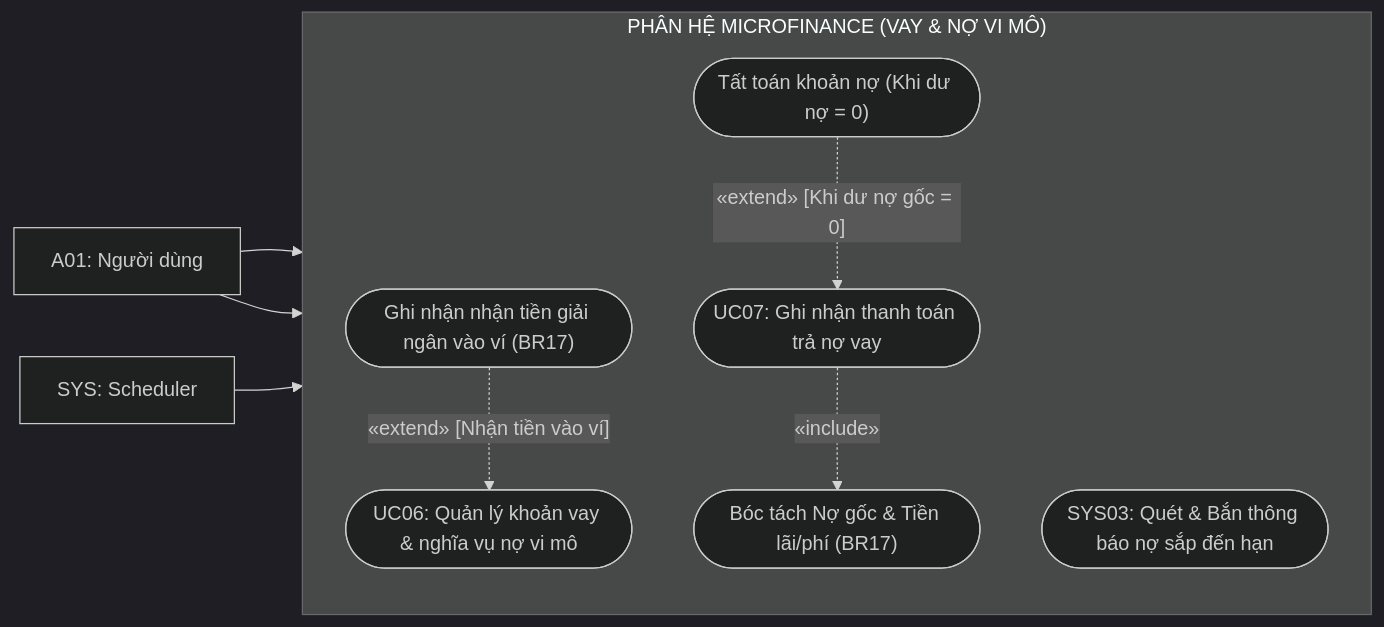
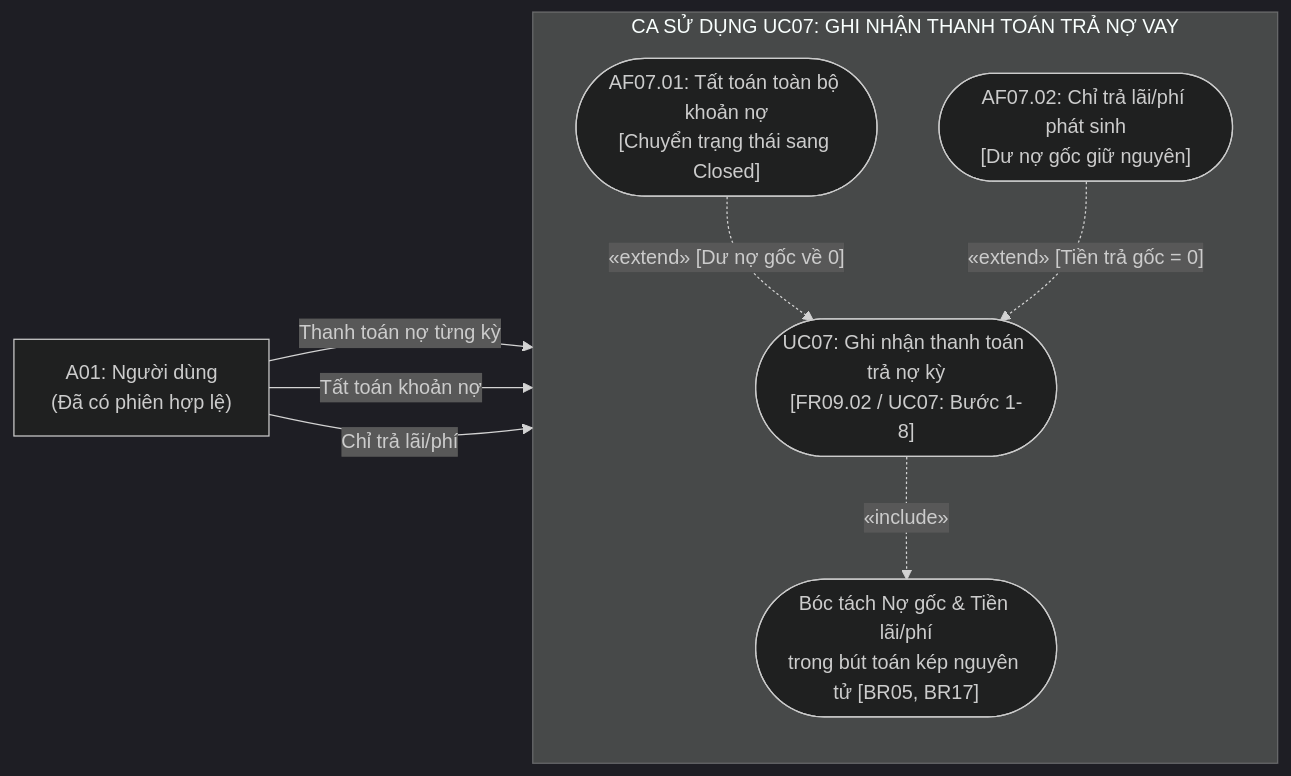
One commit to huytothevoz/SE---Microfinance-Personal-Wealth-Expense-Tracker changed the eighth of 14 diagrams in docs/02_elaboration/uml_modeling/usecase_diagram.md. Above: the diagram before and after it, drawn with Mermaid (dark theme). The commit also changed other lines of this file and 1 other file, not shown here.

Commit message:
docs(uml): update usecase diagrams to v2.1 and add bidirectional mapping links to SRS

````diff
--- a/docs/02_elaboration/uml_modeling/usecase_diagram.md
+++ b/docs/02_elaboration/uml_modeling/usecase_diagram.md
@@ -165,31 +405,24 @@
 ```mermaid
 flowchart LR
     %% Actors
-    User["A01: Người dùng"]
-    Scheduler["SYS: Scheduler"]
+    User["A01: Người dùng<br/>(Đã có phiên hợp lệ)"]
 
-    subgraph Boundary_Microfinance["PHÂN HỆ MICROFINANCE (VAY & NỢ VI MÔ)"]
+    subgraph Boundary_UC07["CA SỬ DỤNG UC07: GHI NHẬN THANH TOÁN TRẢ NỢ VAY"]
         direction TB
 
-        UC06(["UC06: Quản lý khoản vay & nghĩa vụ nợ vi mô"])
-        UC06_Disb(["Ghi nhận nhận tiền giải ngân vào ví (BR17)"])
-
-        UC07(["UC07: Ghi nhận thanh toán trả nợ vay"])
-        UC07_Split(["Bóc tách Nợ gốc & Tiền lãi/phí (BR17)"])
-        UC07_Settle(["Tất toán khoản nợ (Khi dư nợ = 0)"])
-
-        AlertDebt(["SYS03: Quét & Bắn thông báo nợ sắp đến hạn"])
+        UC07(["UC07: Ghi nhận thanh toán trả nợ kỳ<br/>[FR09.02 / UC07: Bước 1-8]"])
+        UC07_Split(["Bóc tách Nợ gốc & Tiền lãi/phí<br/>trong bút toán kép nguyên tử [BR05, BR17]"])
+        AF07_01(["AF07.01: Tất toán toàn bộ khoản nợ<br/>[Chuyển trạng thái sang Closed]"])
+        AF07_02(["AF07.02: Chỉ trả lãi/phí phát sinh<br/>[Dư nợ gốc giữ nguyên]"])
     end
 
-    %% Tương tác
-    User --> UC06
-    User --> UC07
-    Scheduler --> AlertDebt
+    %% Tương tác Tác nhân
+    User -->|"Thanh toán nợ từng kỳ"| UC07
+    User -->|"Tất toán khoản nợ"| AF07_01
+    User -->|"Chỉ trả lãi/phí"| AF07_02
 
-    %% Include / Extend trong UC06
-    UC06_Disb -.->|"«extend» [Nhận tiền vào ví]"| UC06
-
-    %% Include / Extend trong UC07
+    %% Quan hệ Include / Extend trong UC07
     UC07 -.->|"«include»"| UC07_Split
-    UC07_Settle -.->|"«extend» [Khi dư nợ gốc = 0]"| UC07
+    AF07_01 -.->|"«extend» [Dư nợ gốc về 0]"| UC07
+    AF07_02 -.->|"«extend» [Tiền trả gốc = 0]"| UC07
 ```
````
